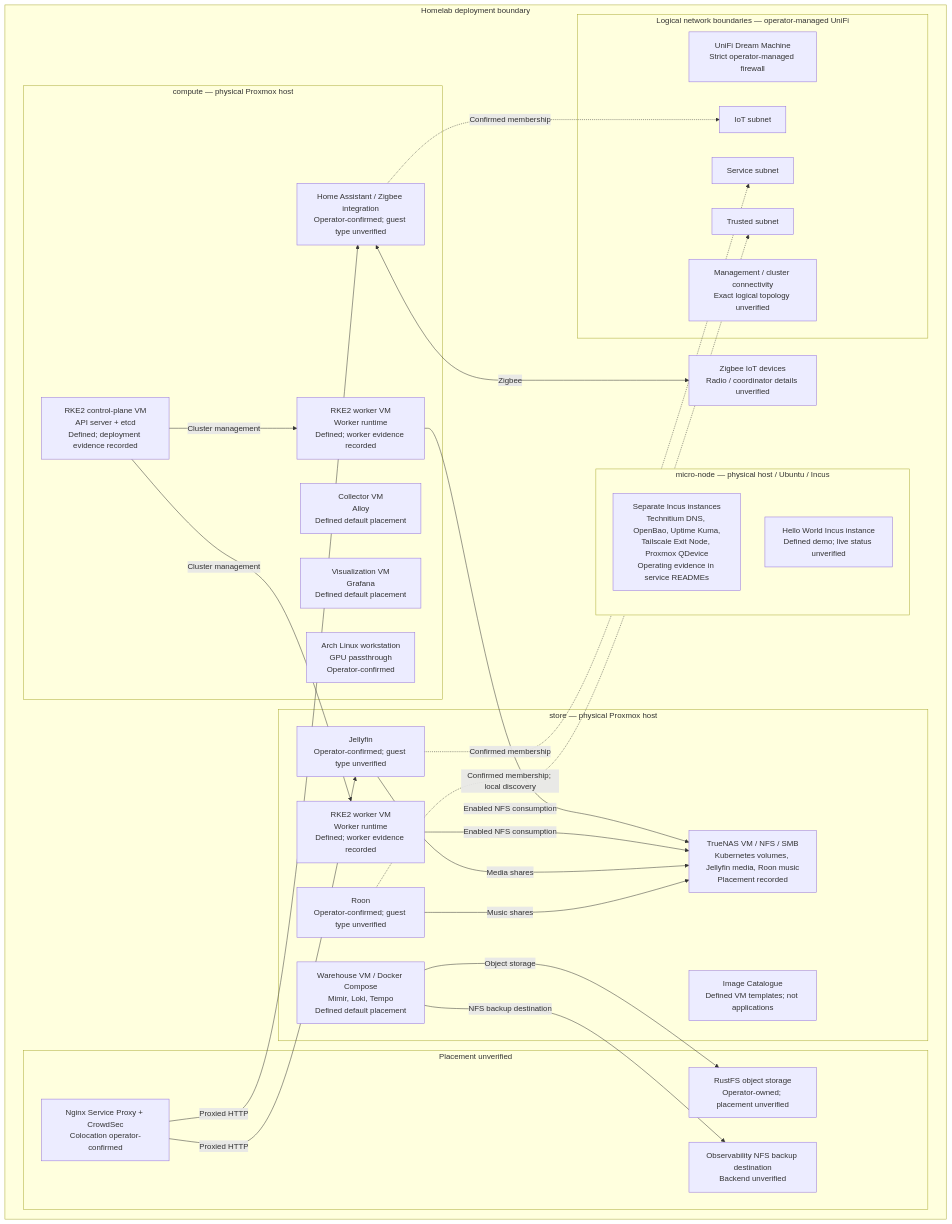
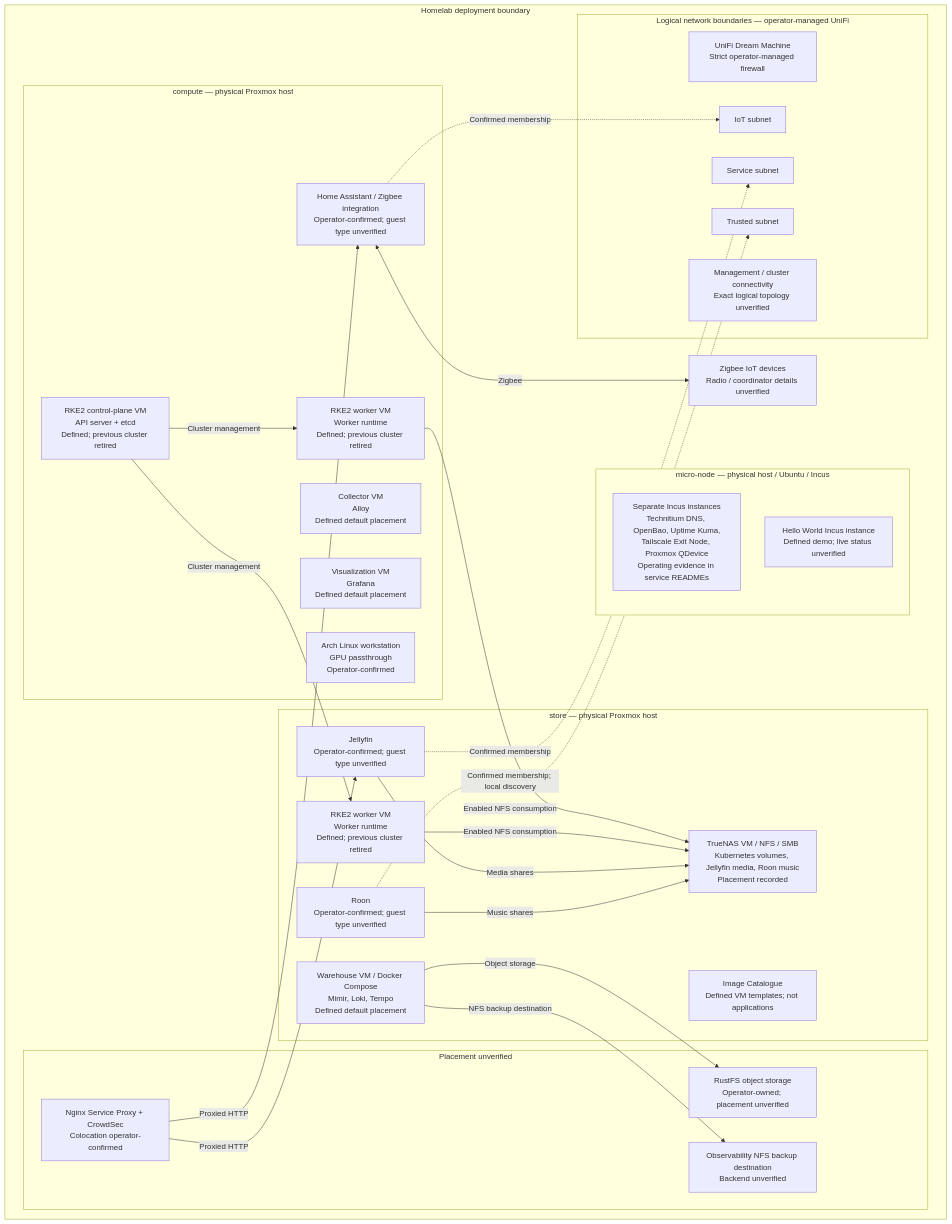
One commit to lexedwards/homelab changed the fourth of 4 diagrams in docs/architecture.md. Above: the diagram before and after it, drawn with Mermaid. The commit also changed other lines of this file and 136 other files, not shown here.

````diff
--- a/docs/architecture.md
+++ b/docs/architecture.md
@@ -150,52 +151,52 @@
 ```mermaid
 flowchart TB
     subgraph lab["Homelab deployment boundary"]
         subgraph micro["micro-node — physical host / Ubuntu / Incus"]
             microapps["Separate Incus instances<br/>Technitium DNS, OpenBao, Uptime Kuma,<br/>Tailscale Exit Node, Proxmox QDevice<br/>Operating evidence in service READMEs"]
             hello["Hello World Incus instance<br/>Defined demo; live status unverified"]
         end
         subgraph compute["compute — physical Proxmox host"]
-            cp["RKE2 control-plane VM<br/>API server + etcd<br/>Defined; deployment evidence recorded"]
-            cw["RKE2 worker VM<br/>Worker runtime<br/>Defined; worker evidence recorded"]
+            cp["RKE2 control-plane VM<br/>API server + etcd<br/>Defined; previous cluster retired"]
+            cw["RKE2 worker VM<br/>Worker runtime<br/>Defined; previous cluster retired"]
             collector["Collector VM<br/>Alloy<br/>Defined default placement"]
             grafana["Visualization VM<br/>Grafana<br/>Defined default placement"]
             ha["Home Assistant / Zigbee integration<br/>Operator-confirmed; guest type unverified"]
             workstation["Arch Linux workstation<br/>GPU passthrough<br/>Operator-confirmed"]
         end
         subgraph store["store — physical Proxmox host"]
             storage["TrueNAS VM / NFS / SMB<br/>Kubernetes volumes, Jellyfin media, Roon music<br/>Placement recorded"]
-            sw["RKE2 worker VM<br/>Worker runtime<br/>Defined; worker evidence recorded"]
+            sw["RKE2 worker VM<br/>Worker runtime<br/>Defined; previous cluster retired"]
             warehouse["Warehouse VM / Docker Compose<br/>Mimir, Loki, Tempo<br/>Defined default placement"]
             images["Image Catalogue<br/>Defined VM templates; not applications"]
             jellyfin["Jellyfin<br/>Operator-confirmed; guest type unverified"]
             roon["Roon<br/>Operator-confirmed; guest type unverified"]
         end
         subgraph unknown["Placement unverified"]
             rustfs["RustFS object storage<br/>Operator-owned; placement unverified"]
             backupnfs["Observability NFS backup destination<br/>Backend unverified"]
             proxy["Nginx Service Proxy + CrowdSec<br/>Colocation operator-confirmed"]
         end
         subgraph network["Logical network boundaries — operator-managed UniFi"]
             firewall["UniFi Dream Machine<br/>Strict operator-managed firewall"]
             iot["IoT subnet"]
             service["Service subnet"]
             trusted["Trusted subnet"]
             management["Management / cluster connectivity<br/>Exact logical topology unverified"]
         end
         zigbee["Zigbee IoT devices<br/>Radio / coordinator details unverified"]
     end
     ha -.->|"Confirmed membership"| iot
     jellyfin -.->|"Confirmed membership"| service
     roon -.->|"Confirmed membership; local discovery"| trusted
     cp -->|"Cluster management"| cw
     cp -->|"Cluster management"| sw
     cw -->|"Enabled NFS consumption"| storage
     sw -->|"Enabled NFS consumption"| storage
     jellyfin -->|"Media shares"| storage
     roon -->|"Music shares"| storage
     warehouse -->|"Object storage"| rustfs
     warehouse -->|"NFS backup destination"| backupnfs
     ha <-->|"Zigbee"| zigbee
     proxy -->|"Proxied HTTP"| ha
     proxy -->|"Proxied HTTP"| jellyfin
 ```
````
